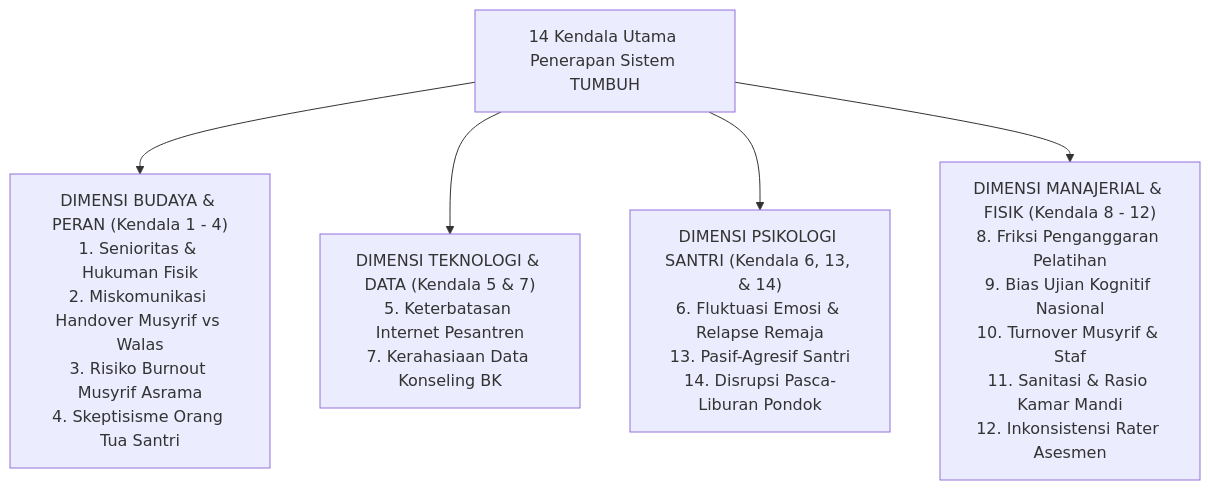
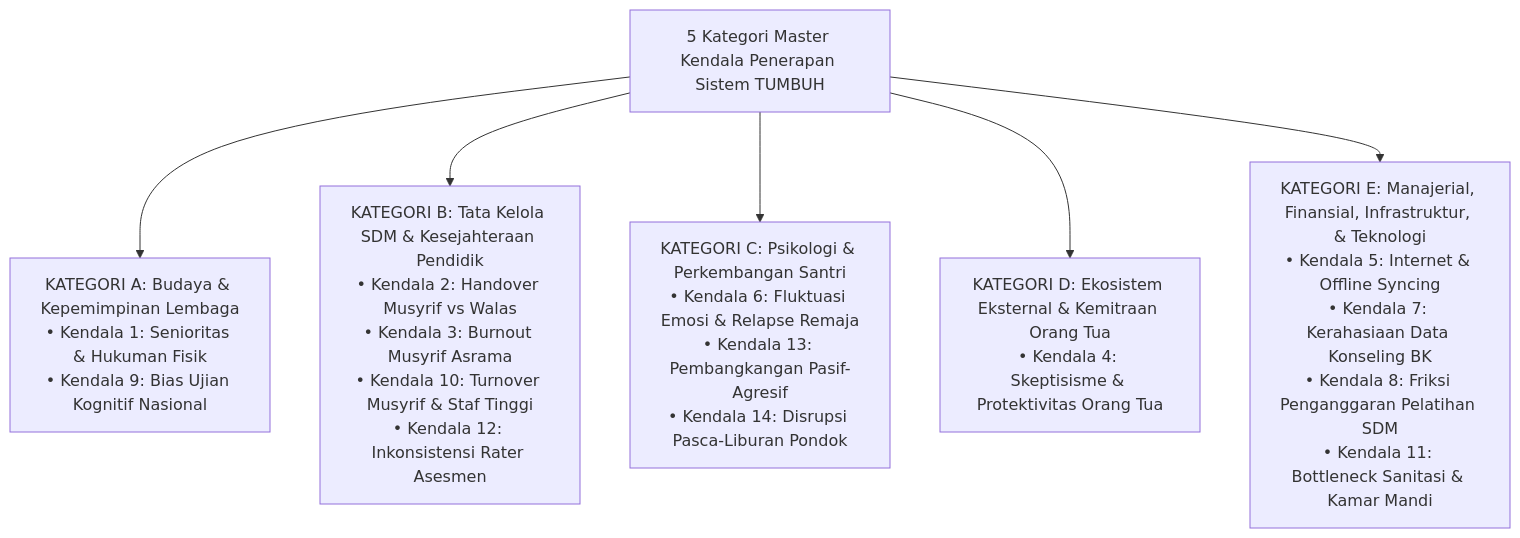
The diagram in KENDALA_DAN_MITIGASI/Analisis-Kendala-Penerapan-Sistem-TUMBUH-dan-Mitigasi.md (wandiapriliyandi/tumbuh), drawn with Mermaid before and after one commit. The commit also changed other lines of this file and 3 other files, not shown here.

Commit message:
feat: add comprehensive Pesantren Problem Taxonomy (6 clusters) & 5 Master Obstacle Categories document

````diff
--- a/KENDALA_DAN_MITIGASI/Analisis-Kendala-Penerapan-Sistem-TUMBUH-dan-Mitigasi.md
+++ b/KENDALA_DAN_MITIGASI/Analisis-Kendala-Penerapan-Sistem-TUMBUH-dan-Mitigasi.md
@@ -30,8 +24,9 @@
 ```mermaid
 graph TD
-    ObstacleList["14 Kendala Utama Penerapan Sistem TUMBUH"]
-    ObstacleList --> DimensiBudaya["DIMENSI BUDAYA & PERAN (Kendala 1 - 4)<br/>1. Senioritas & Hukuman Fisik<br/>2. Miskomunikasi Handover Musyrif vs Walas<br/>3. Risiko Burnout Musyrif Asrama<br/>4. Skeptisisme Orang Tua Santri"]
-    ObstacleList --> DimensiTekno["DIMENSI TEKNOLOGI & DATA (Kendala 5 & 7)<br/>5. Keterbatasan Internet Pesantren<br/>7. Kerahasiaan Data Konseling BK"]
-    ObstacleList --> DimensiSantri["DIMENSI PSIKOLOGI SANTRI (Kendala 6, 13, & 14)<br/>6. Fluktuasi Emosi & Relapse Remaja<br/>13. Pasif-Agresif Santri<br/>14. Disrupsi Pasca-Liburan Pondok"]
-    ObstacleList --> DimensiManajerial["DIMENSI MANAJERIAL & FISIK (Kendala 8 - 12)<br/>8. Friksi Penganggaran Pelatihan<br/>9. Bias Ujian Kognitif Nasional<br/>10. Turnover Musyrif & Staf<br/>11. Sanitasi & Rasio Kamar Mandi<br/>12. Inkonsistensi Rater Asesmen"]
+    MasterCategories["5 Kategori Master Kendala Penerapan Sistem TUMBUH"]
+    MasterCategories --> CatA["KATEGORI A: Budaya & Kepemimpinan Lembaga<br/>• Kendala 1: Senioritas & Hukuman Fisik<br/>• Kendala 9: Bias Ujian Kognitif Nasional"]
+    MasterCategories --> CatB["KATEGORI B: Tata Kelola SDM & Kesejahteraan Pendidik<br/>• Kendala 2: Handover Musyrif vs Walas<br/>• Kendala 3: Burnout Musyrif Asrama<br/>• Kendala 10: Turnover Musyrif & Staf Tinggi<br/>• Kendala 12: Inkonsistensi Rater Asesmen"]
+    MasterCategories --> CatC["KATEGORI C: Psikologi & Perkembangan Santri<br/>• Kendala 6: Fluktuasi Emosi & Relapse Remaja<br/>• Kendala 13: Pembangkangan Pasif-Agresif<br/>• Kendala 14: Disrupsi Pasca-Liburan Pondok"]
+    MasterCategories --> CatD["KATEGORI D: Ekosistem Eksternal & Kemitraan Orang Tua<br/>• Kendala 4: Skeptisisme & Protektivitas Orang Tua"]
+    MasterCategories --> CatE["KATEGORI E: Manajerial, Finansial, Infrastruktur, & Teknologi<br/>• Kendala 5: Internet & Offline Syncing<br/>• Kendala 7: Kerahasiaan Data Konseling BK<br/>• Kendala 8: Friksi Penganggaran Pelatihan SDM<br/>• Kendala 11: Bottleneck Sanitasi & Kamar Mandi"]
 ```
````
